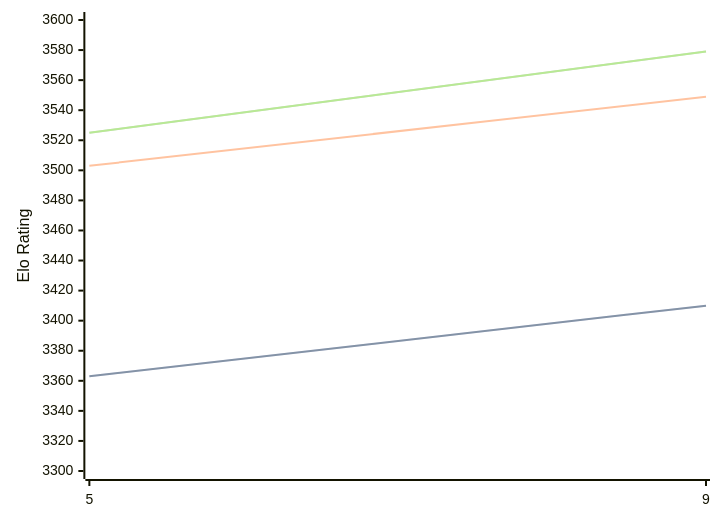
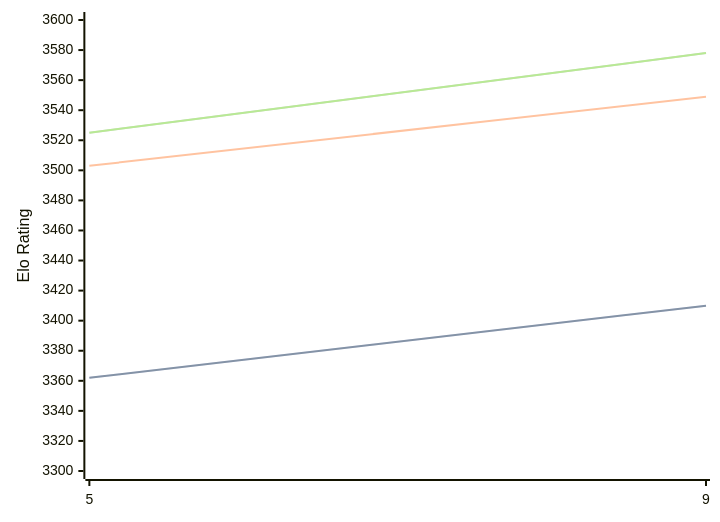
The third of 3 diagrams in engines/Crystal.md (computer-chess-index/cci), drawn with Mermaid before and after one commit. The commit also changed other lines of this file, not shown here.

Commit message:
Update CCI Ratings (ELO VLTC) - 2026-06-20

````diff
--- a/engines/Crystal.md
+++ b/engines/Crystal.md
@@ -93,11 +93,11 @@
 ```mermaid
 %%{init: {"theme":"base","themeVariables":{"seriesColors:['#a3a3a3','#222221','#faa371']}}}%%
 xychart-beta
   x-axis ["5", "9"]
   y-axis "Elo Rating" 3300 --> 3600
-  line "STC (8.0+0.08s)" [3363, 3410]
-  line "STC (8.0+0.08s)" [3363, 3410]
+  line "STC (8.0+0.08s)" [3362, 3410]
+  line "STC (8.0+0.08s)" [3362, 3410]
   line "LTC (60.0+0.60s)" [3503, 3549]
-  line "VLTC (2m24s+1.12s)" [3525, 3579]
-  line "VLTC (2m24s+1.12s)" [3525, 3579]
+  line "VLTC (2m24s+1.12s)" [3525, 3578]
+  line "VLTC (2m24s+1.12s)" [3525, 3578]
 ```
````
